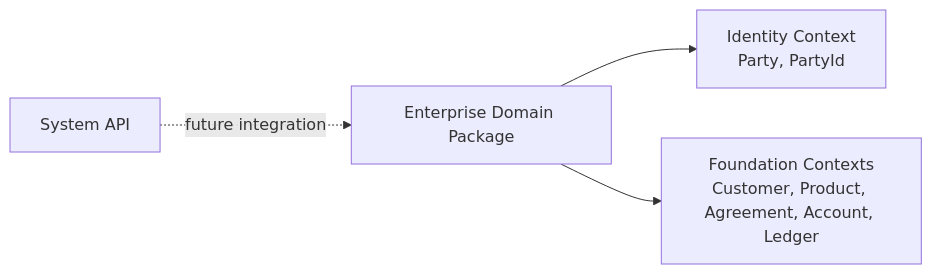
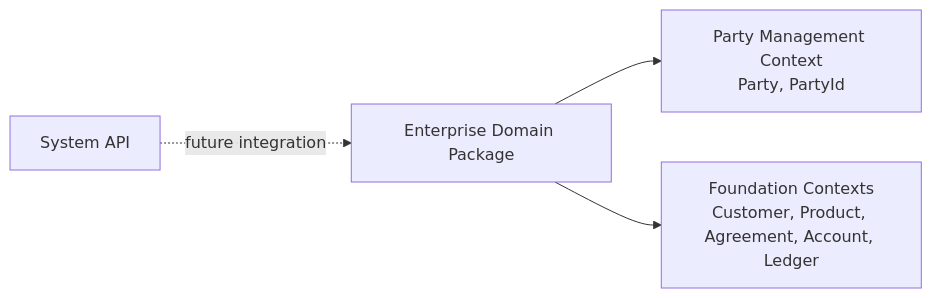
Before and after one commit to vishchandran/epos: the second of 8 diagrams in docs/architecture/software-architecture.md, drawn with Mermaid. The commit also changed 44 other files, not shown here.

Commit message:
refactor(domain): rename identity context to party management

````diff
--- a/docs/architecture/software-architecture.md
+++ b/docs/architecture/software-architecture.md
@@ -63,11 +63,11 @@
 ```mermaid
 flowchart LR
     API[System API]
     Domain[Enterprise Domain Package]
-    Identity[Identity Context<br/>Party, PartyId]
+    PartyManagement[Party Management Context<br/>Party, PartyId]
     Foundation[Foundation Contexts<br/>Customer, Product, Agreement, Account, Ledger]
 
     API -. future integration .-> Domain
-    Domain --> Identity
+    Domain --> PartyManagement
     Domain --> Foundation
 ```
````
